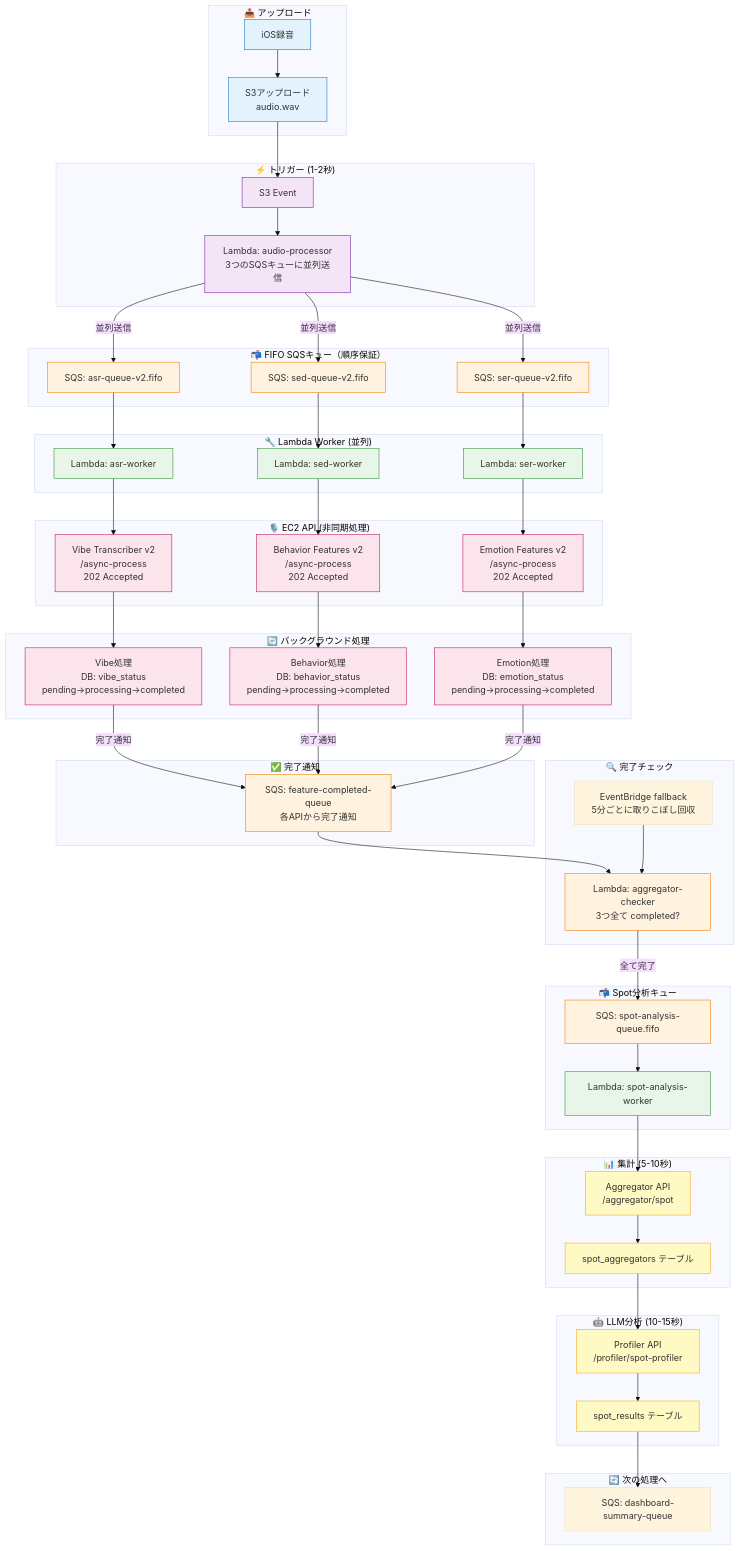
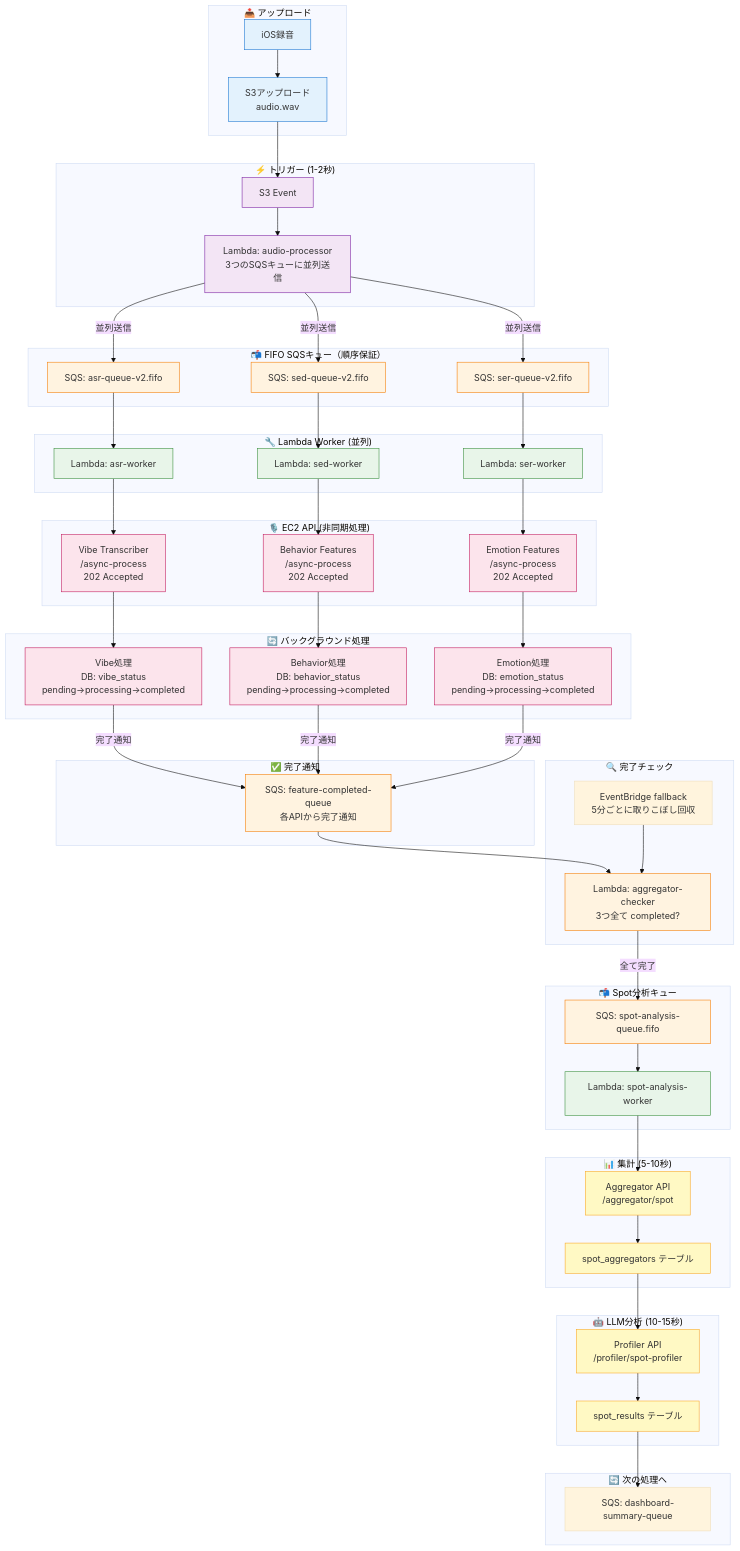
One commit to hey-watchme/server-configs changed the first of 3 diagrams in docs/PROCESSING_ARCHITECTURE.md. Above: the diagram before and after it, drawn with Mermaid (base theme). The commit also changed other lines of this file and 3 other files, not shown here.

```diff
--- a/docs/PROCESSING_ARCHITECTURE.md
+++ b/docs/PROCESSING_ARCHITECTURE.md
@@ -74,9 +74,9 @@
     end
 
     subgraph API["🎙️ EC2 API (非同期処理)"]
-        G1[Vibe Transcriber v2<br/>/async-process<br/>202 Accepted]
-        G2[Behavior Features v2<br/>/async-process<br/>202 Accepted]
-        G3[Emotion Features v2<br/>/async-process<br/>202 Accepted]
+        G1[Vibe Transcriber<br/>/async-process<br/>202 Accepted]
+        G2[Behavior Features<br/>/async-process<br/>202 Accepted]
+        G3[Emotion Features<br/>/async-process<br/>202 Accepted]
     end
 
     subgraph Background["🔄 バックグラウンド処理"]
```
